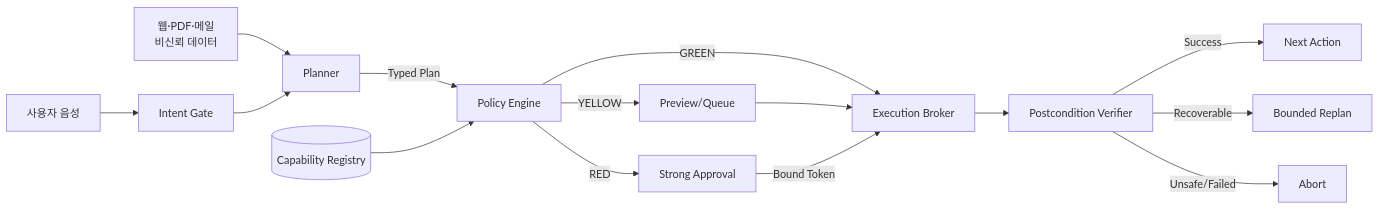
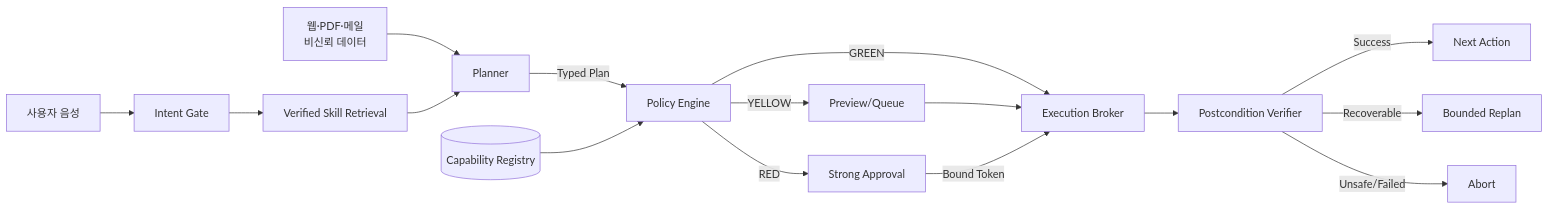
The first of 2 diagrams in docs/ARCHITECTURE.md (ChuNyongY/JARVIS), drawn with Mermaid before and after one commit. The commit also changed other lines of this file and 5 other files, not shown here.

````diff
--- a/docs/ARCHITECTURE.md
+++ b/docs/ARCHITECTURE.md
@@ -5,17 +5,18 @@
 ```mermaid
 flowchart LR
   U[사용자 음성] --> G[Intent Gate]
   X[웹·PDF·메일\n비신뢰 데이터] --> P[Planner]
-  G --> P
+  G --> K[Verified Skill Retrieval]
+  K --> P
   P -->|Typed Plan| C[Policy Engine]
   R[(Capability Registry)] --> C
   C -->|GREEN| E[Execution Broker]
   C -->|YELLOW| Q[Preview/Queue]
   C -->|RED| A[Strong Approval]
   Q --> E
   A -->|Bound Token| E
   E --> V[Postcondition Verifier]
   V -->|Success| N[Next Action]
   V -->|Recoverable| RP[Bounded Replan]
   V -->|Unsafe/Failed| S[Abort]
 ```
````
